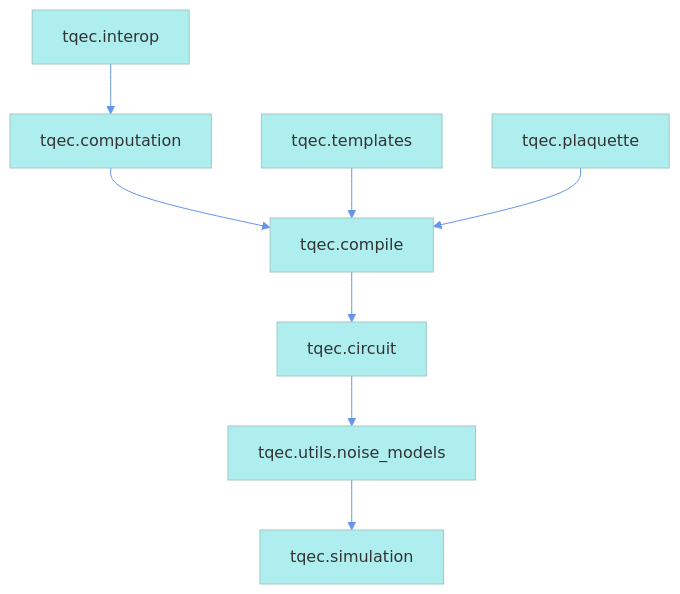
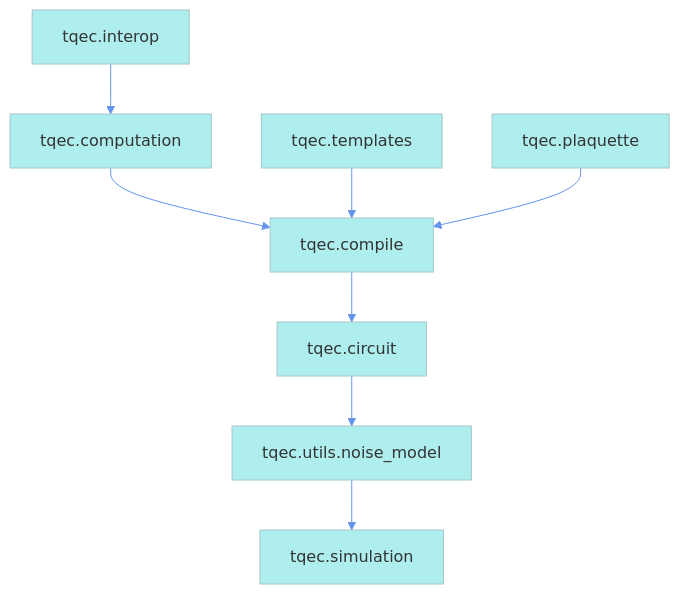
One commit to tqec/tqec changed the first of 2 diagrams in docs/architecture.rst. Above: the diagram before and after it, drawn with Mermaid. The commit also changed 3 other files, not shown here.

```diff
--- a/docs/architecture.rst
+++ b/docs/architecture.rst
@@ -23,21 +23,21 @@
 .. mermaid::
     :config: {"theme": "base", "darkMode": "true"}
 
     %%{
     init: {
         'theme': 'base',
         'themeVariables': {
         'primaryColor': '#AFEEEE',
         'lineColor': '#6495ED'
         }
     }
     }%%
 
     graph
         A[tqec.interop] --> B[tqec.computation]
         B --> E[tqec.compile]
         C[tqec.templates] --> E
         D[tqec.plaquette] --> E
         E --> F[tqec.circuit]
-        F --> G[tqec.utils.noise_models]
+        F --> G[tqec.utils.noise_model]
         G --> H[tqec.simulation]
```
